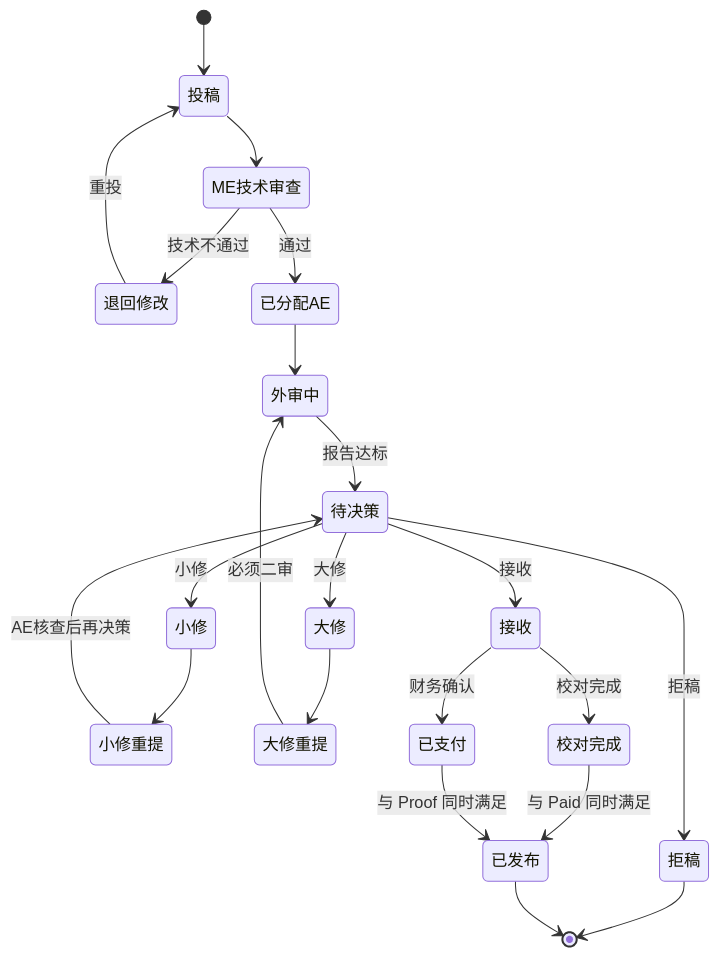
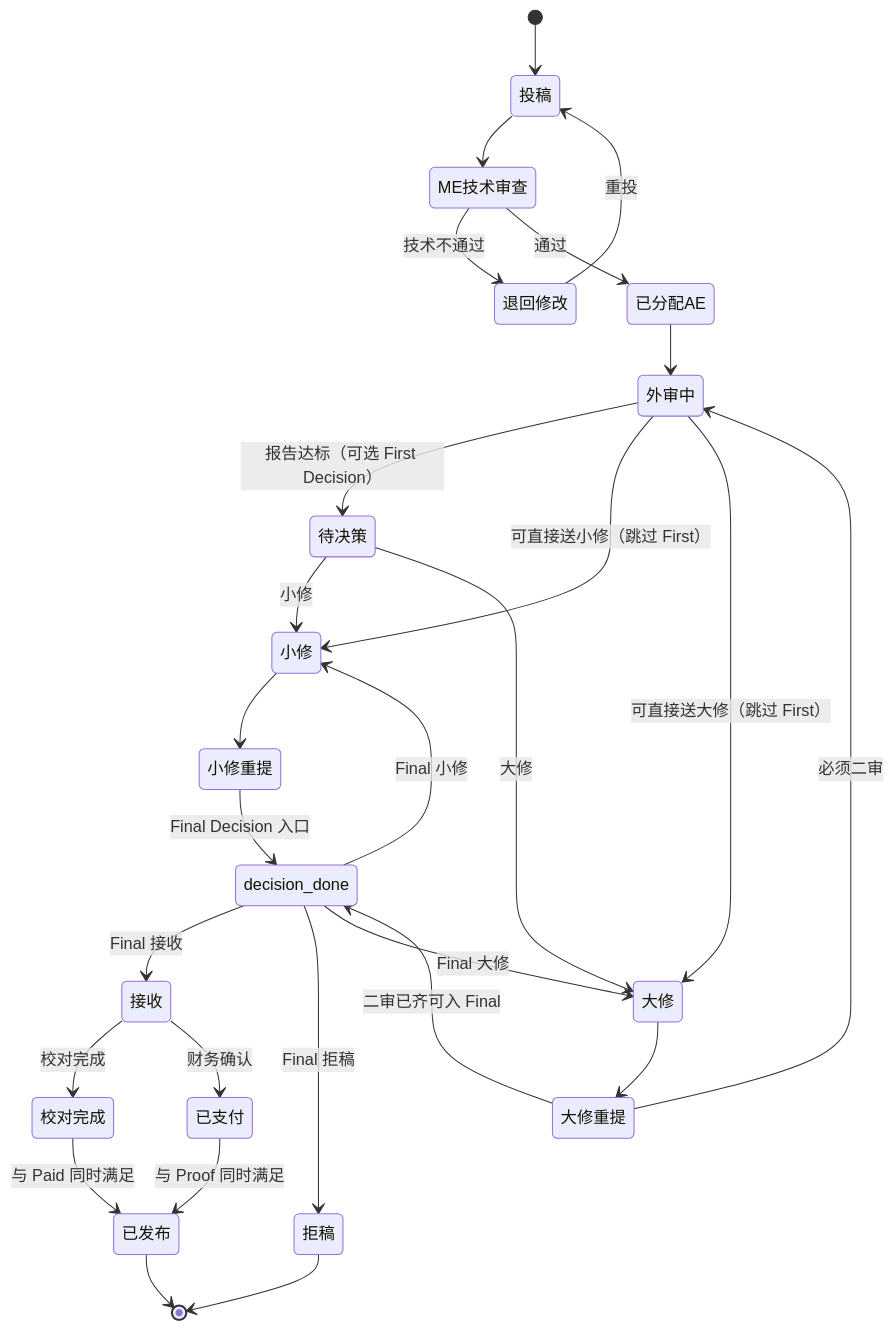
Before and after one commit to LouisLau-art/scholar-flow: the diagram in docs/state_manuscript_v3.mmd, drawn with Mermaid. The commit also changed 15 other files, not shown here.

Commit message:
feat(workflow): align optional precheck/first and final-after-resubmission; fix v3 pdf rendering

```diff
--- a/docs/state_manuscript_v3.mmd
+++ b/docs/state_manuscript_v3.mmd
@@ -1,44 +1,49 @@
 stateDiagram-v2
     state "投稿" as submitted
     state "ME技术审查" as me_precheck
     state "退回修改" as returned
     state "已分配AE" as ae_assigned
     state "外审中" as under_review
     state "待决策" as decision
     state "小修" as revision_minor
     state "大修" as revision_major
     state "小修重提" as resubmitted_minor
     state "大修重提" as resubmitted_major
     state "接收" as approved
     state "拒稿" as rejected
     state "校对完成" as proof_ready
     state "已支付" as paid
     state "已发布" as published
 
     [*] --> submitted
     submitted --> me_precheck
     me_precheck --> returned: 技术不通过
     returned --> submitted: 重投
 
     me_precheck --> ae_assigned: 通过
     ae_assigned --> under_review
-    under_review --> decision: 报告达标
+    under_review --> decision: 报告达标（可选 First Decision）
+    under_review --> revision_minor: 可直接送小修（跳过 First）
+    under_review --> revision_major: 可直接送大修（跳过 First）
 
     decision --> revision_minor: 小修
     revision_minor --> resubmitted_minor
-    resubmitted_minor --> decision: AE核查后再决策
+    resubmitted_minor --> decision_done: Final Decision 入口
 
     decision --> revision_major: 大修
     revision_major --> resubmitted_major
     resubmitted_major --> under_review: 必须二审
+    resubmitted_major --> decision_done: 二审已齐可入 Final
 
-    decision --> approved: 接收
-    decision --> rejected: 拒稿
+    decision_done --> approved: Final 接收
+    decision_done --> rejected: Final 拒稿
+    decision_done --> revision_minor: Final 小修
+    decision_done --> revision_major: Final 大修
 
     approved --> proof_ready: 校对完成
     approved --> paid: 财务确认
     proof_ready --> published: 与 Paid 同时满足
     paid --> published: 与 Proof 同时满足
 
     rejected --> [*]
     published --> [*]
```
